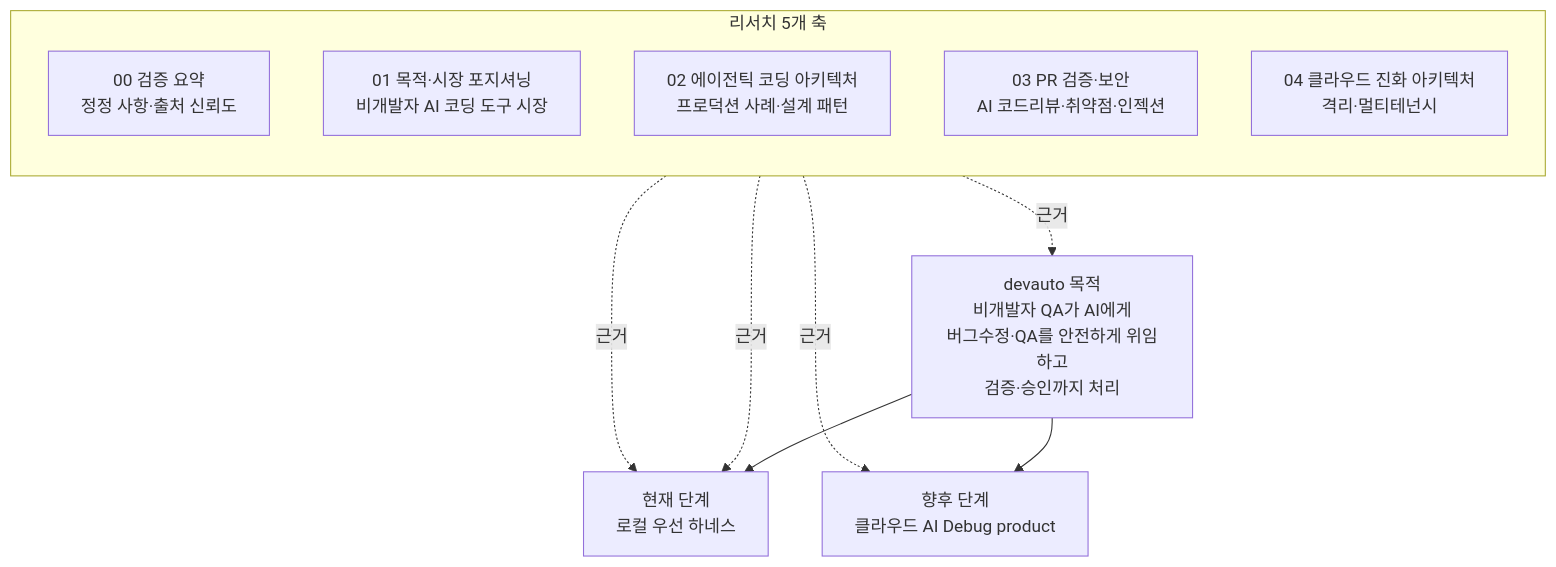
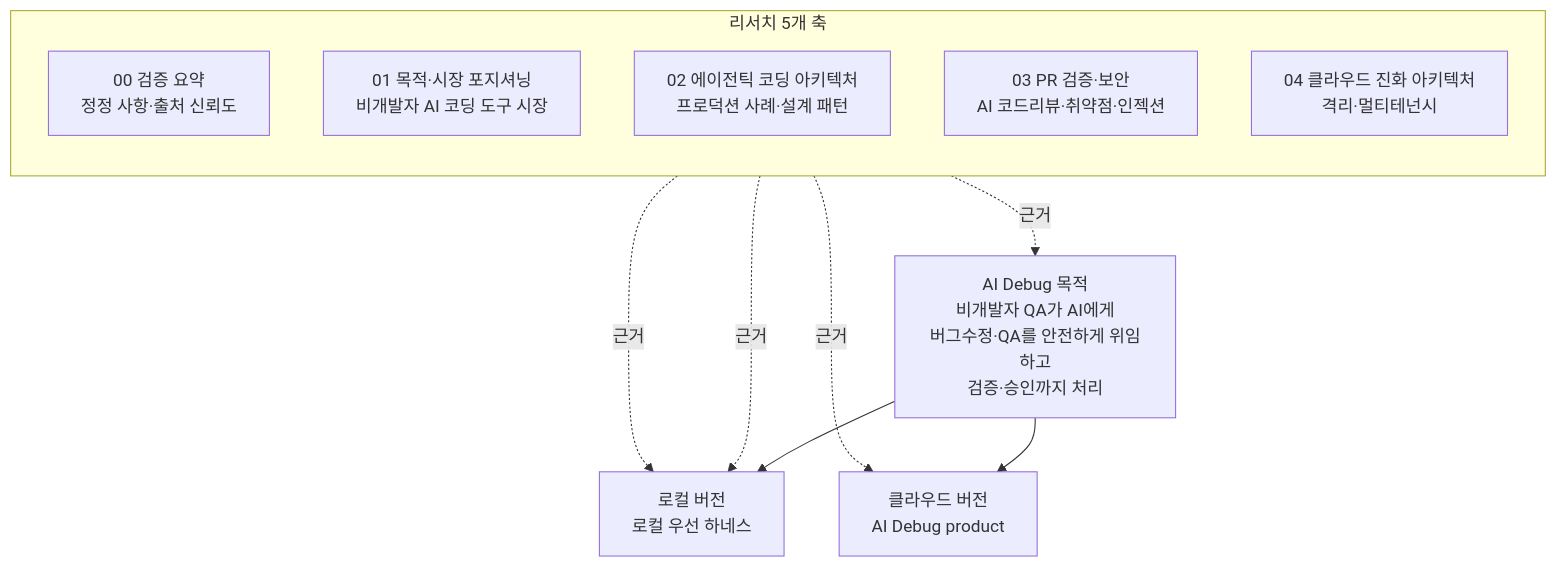
One commit to ttalkkag/ai-qa changed the diagram in docs/research/README.md. Above: the diagram before and after it, drawn with Mermaid. The commit also changed other lines of this file and 12 other files, not shown here.

First line of the commit message:
docs: devauto 프로토타입 기준을 제거하고 AI Debug 문서로 재정렬

````diff
--- a/docs/research/README.md
+++ b/docs/research/README.md
@@ -5,21 +5,21 @@
 ```mermaid
 flowchart TB
-    P["devauto 목적<br/>비개발자 QA가 AI에게<br/>버그수정·QA를 안전하게 위임하고<br/>검증·승인까지 처리"]
+    P["AI Debug 목적<br/>비개발자 QA가 AI에게<br/>버그수정·QA를 안전하게 위임하고<br/>검증·승인까지 처리"]
 
-    P --> NOW["현재 단계<br/>로컬 우선 하네스"]
-    P --> NEXT["향후 단계<br/>클라우드 AI Debug product"]
+    P --> NOW["로컬 버전<br/>로컬 우선 하네스"]
+    P --> NEXT["클라우드 버전<br/>AI Debug product"]
 
     subgraph R["리서치 5개 축"]
         direction TB
         R0["00 검증 요약<br/>정정 사항·출처 신뢰도"]
         R1["01 목적·시장 포지셔닝<br/>비개발자 AI 코딩 도구 시장"]
         R2["02 에이전틱 코딩 아키텍처<br/>프로덕션 사례·설계 패턴"]
         R3["03 PR 검증·보안<br/>AI 코드리뷰·취약점·인젝션"]
         R4["04 클라우드 진화 아키텍처<br/>격리·멀티테넌시"]
     end
 
     R1 -.근거.-> P
     R2 -.근거.-> NOW
     R3 -.근거.-> NOW
     R4 -.근거.-> NEXT
 ```
````
